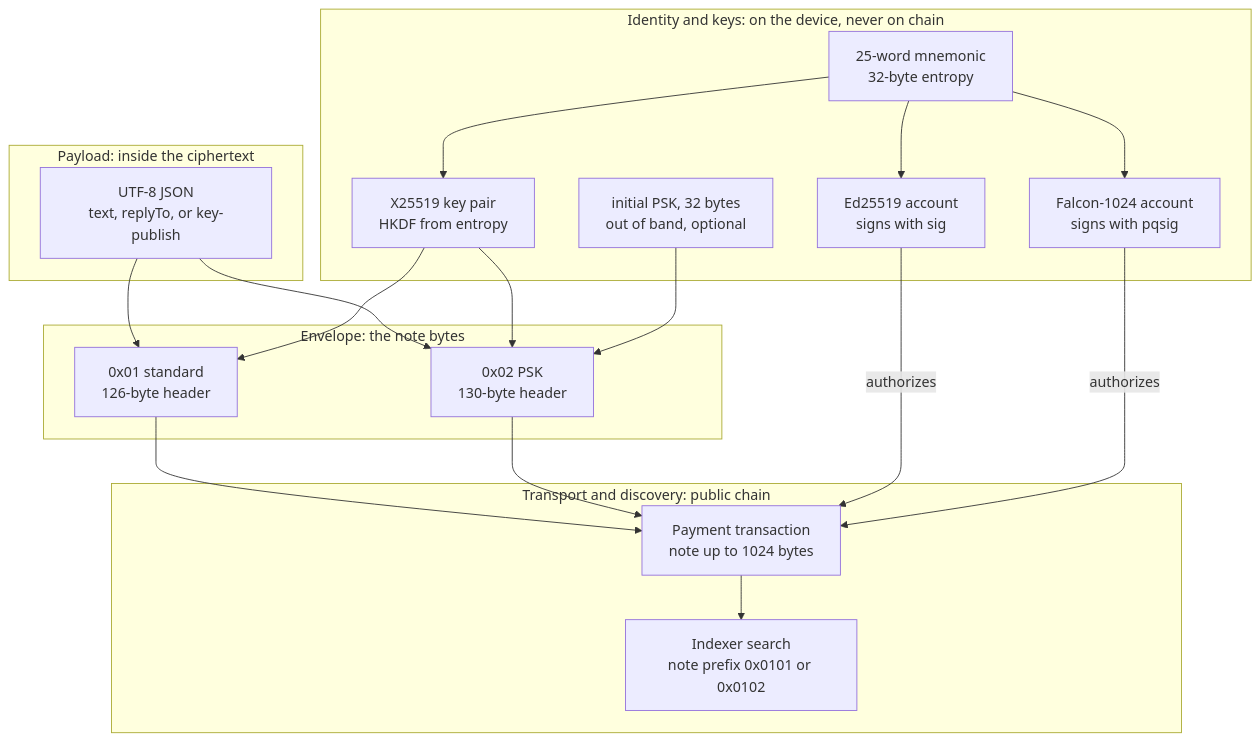
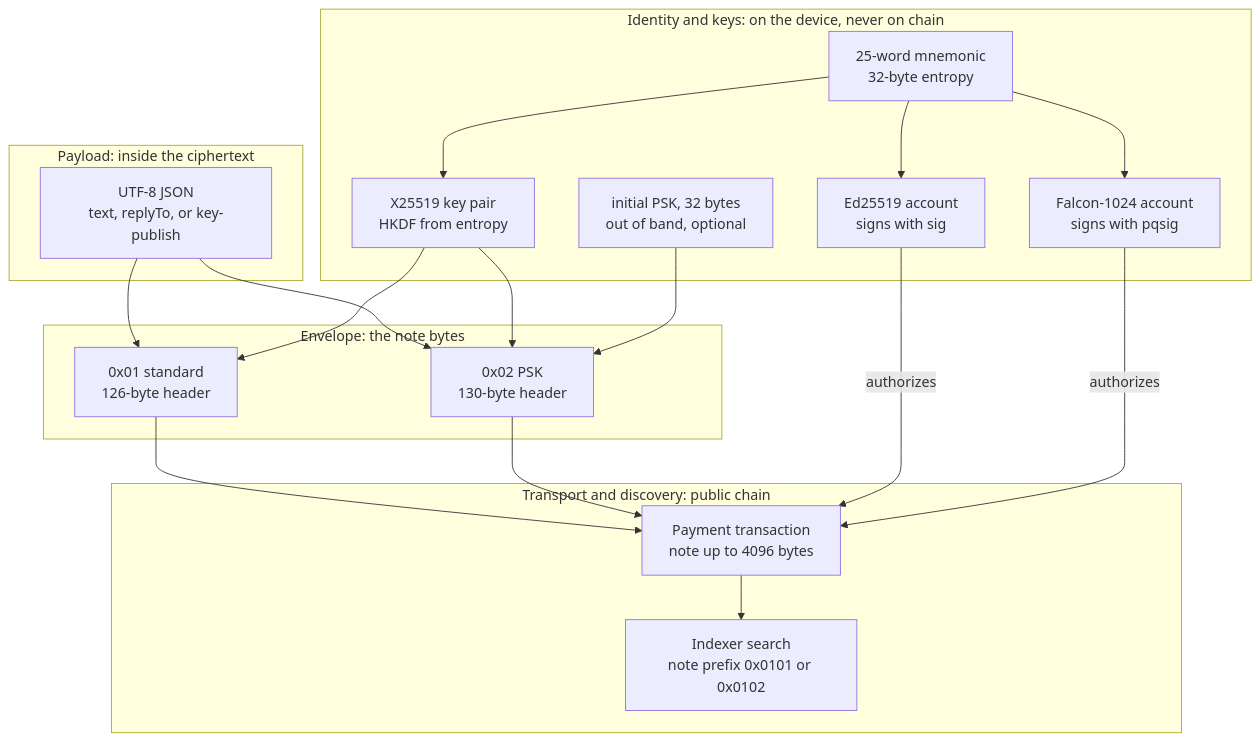
The third of 14 diagrams in docs/HLD.md (CorvidLabs/protocol-algochat), drawn with Mermaid before and after one commit. The commit also changed other lines of this file and 6 other files, not shown here.

````diff
--- a/docs/HLD.md
+++ b/docs/HLD.md
@@ -96,34 +96,34 @@
 ```mermaid
 flowchart TB
     subgraph L1["Identity and keys: on the device, never on chain"]
         MN["25-word mnemonic<br/>32-byte entropy"]
         XK["X25519 key pair<br/>HKDF from entropy"]
         ED["Ed25519 account<br/>signs with sig"]
         FA["Falcon-1024 account<br/>signs with pqsig"]
         PSK["initial PSK, 32 bytes<br/>out of band, optional"]
     end
     subgraph L2["Payload: inside the ciphertext"]
         PL["UTF-8 JSON<br/>text, replyTo, or key-publish"]
     end
     subgraph L3["Envelope: the note bytes"]
         E1["0x01 standard<br/>126-byte header"]
         E2["0x02 PSK<br/>130-byte header"]
     end
     subgraph L4["Transport and discovery: public chain"]
-        TX["Payment transaction<br/>note up to 1024 bytes"]
+        TX["Payment transaction<br/>note up to 4096 bytes"]
         DISC["Indexer search<br/>note prefix 0x0101 or 0x0102"]
     end
     MN --> XK
     MN --> ED
     MN --> FA
     PL --> E1
     PL --> E2
     XK --> E1
     XK --> E2
     PSK --> E2
     E1 --> TX
     E2 --> TX
     ED -- "authorizes" --> TX
     FA -- "authorizes" --> TX
     TX --> DISC
 ```
````
